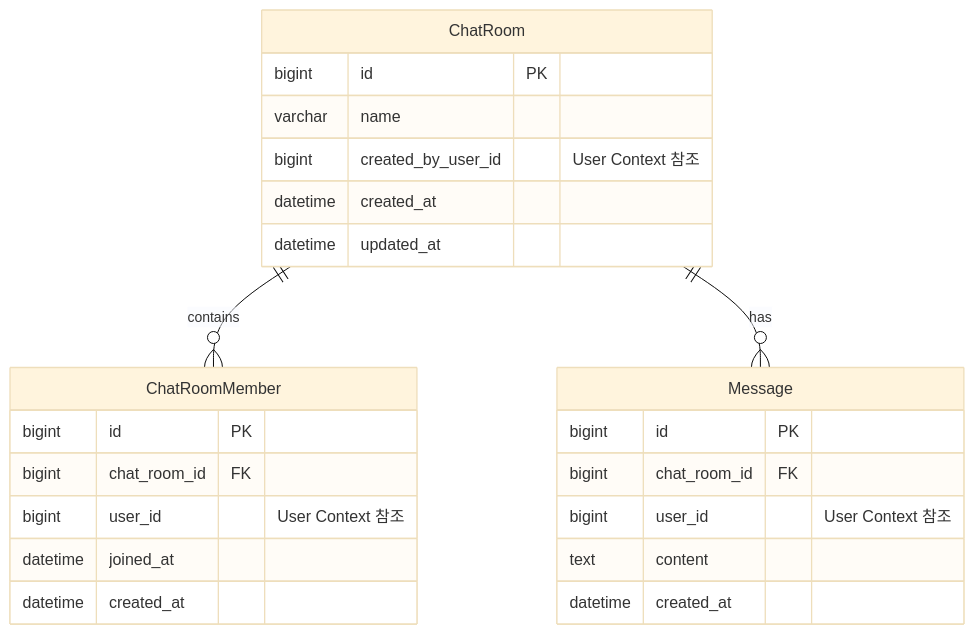
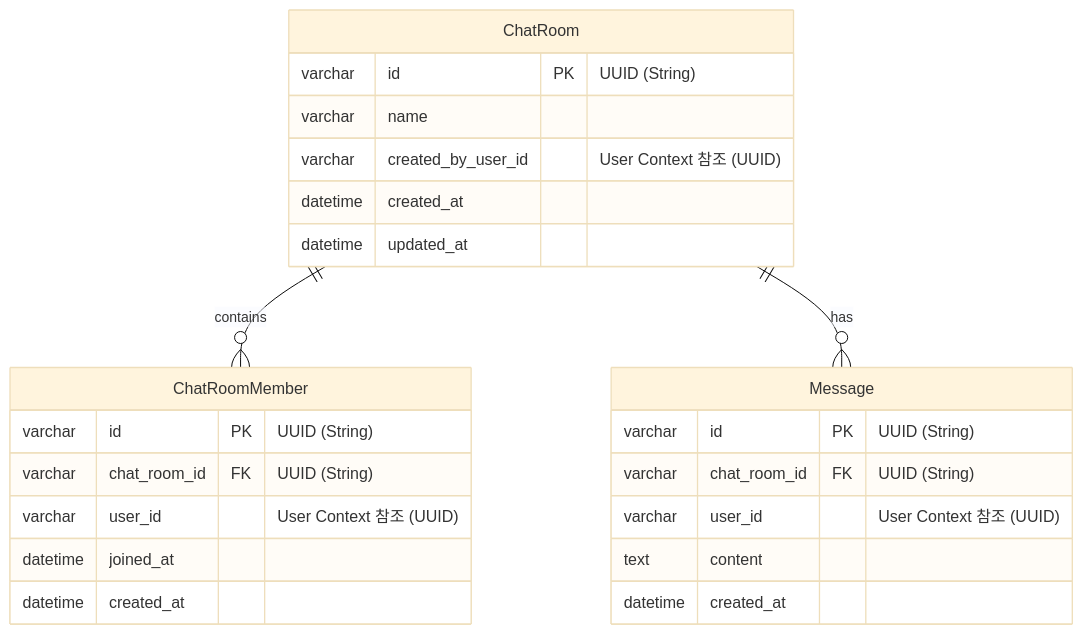
One commit to citron0137/exp-message changed the second of 2 diagrams in 00-docs/patch/2026-01-06-05-데이터구조설계.md. Above: the diagram before and after it, drawn with Mermaid (base theme). The commit also changed other lines of this file and 17 other files, not shown here.

````diff
--- a/00-docs/patch/2026-01-06-05-데이터구조설계.md
+++ b/00-docs/patch/2026-01-06-05-데이터구조설계.md
@@ -43,29 +44,29 @@
 ```mermaid
 erDiagram
     ChatRoom ||--o{ ChatRoomMember : "contains"
     ChatRoom ||--o{ Message : "has"
     
     ChatRoom {
-        bigint id PK
+        varchar id PK "UUID (String)"
         varchar name
-        bigint created_by_user_id "User Context 참조"
+        varchar created_by_user_id "User Context 참조 (UUID)"
         datetime created_at
         datetime updated_at
     }
     
     ChatRoomMember {
-        bigint id PK
-        bigint chat_room_id FK
-        bigint user_id "User Context 참조"
+        varchar id PK "UUID (String)"
+        varchar chat_room_id FK "UUID (String)"
+        varchar user_id "User Context 참조 (UUID)"
         datetime joined_at
         datetime created_at
     }
     
     Message {
-        bigint id PK
-        bigint chat_room_id FK
-        bigint user_id "User Context 참조"
+        varchar id PK "UUID (String)"
+        varchar chat_room_id FK "UUID (String)"
+        varchar user_id "User Context 참조 (UUID)"
         text content
         datetime created_at
     }
 ```
````
